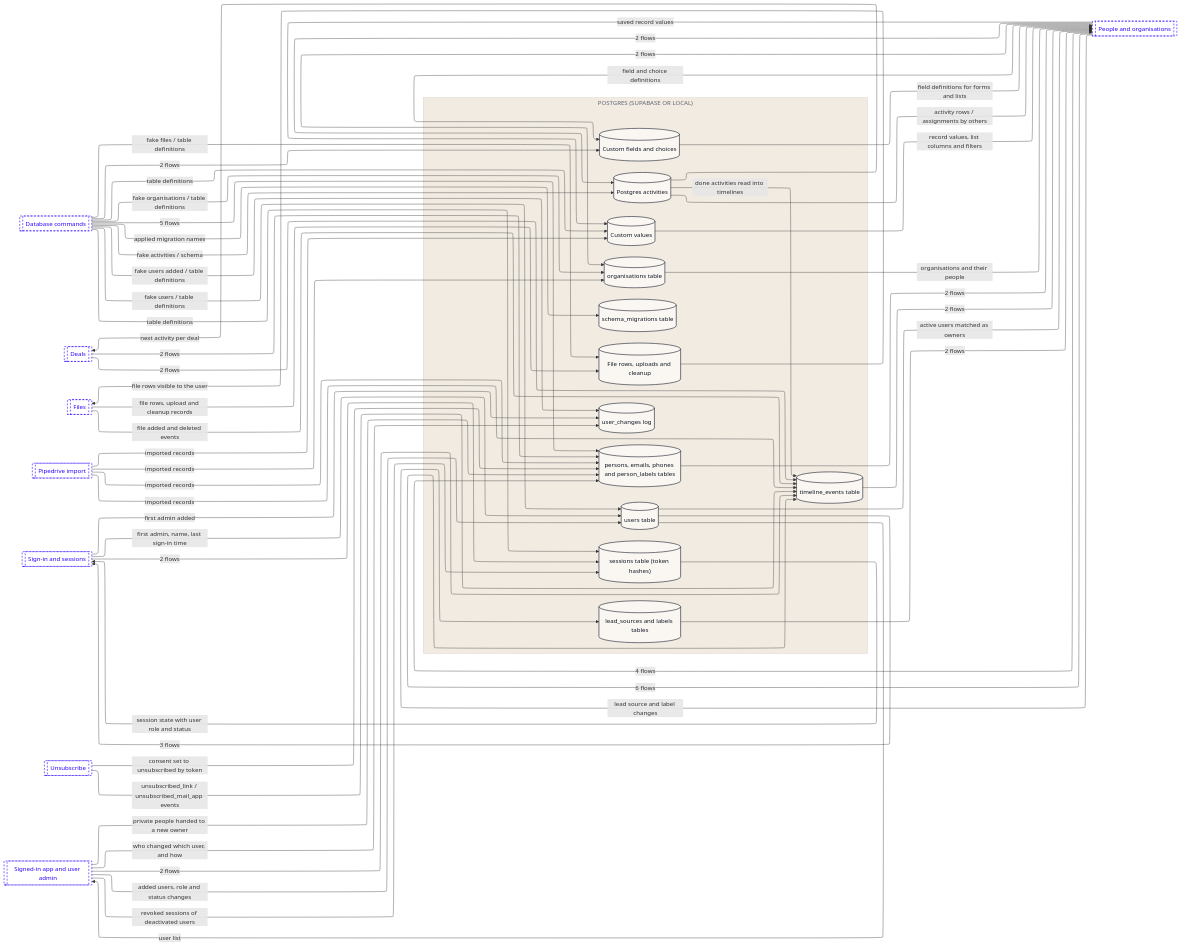
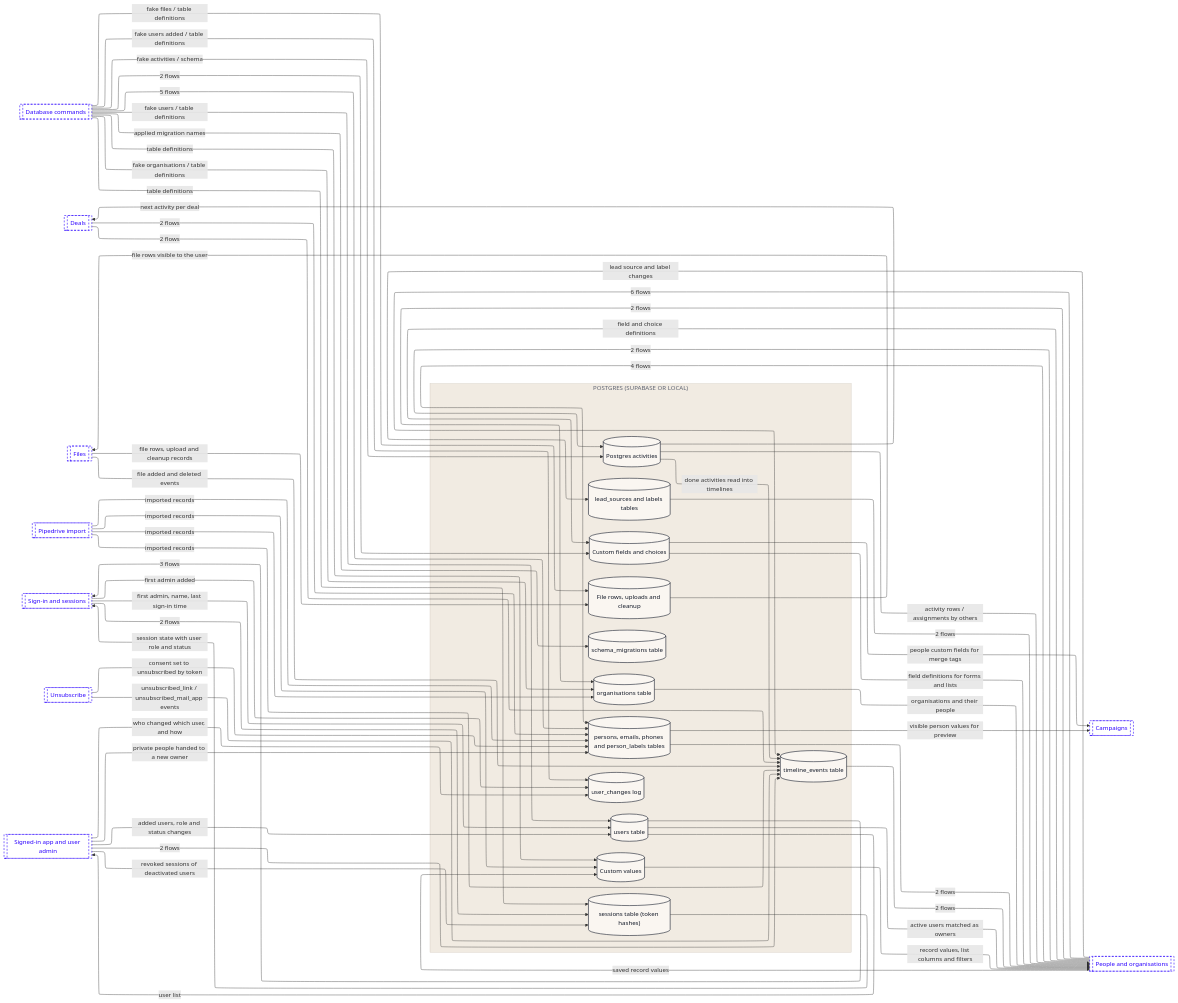
Before and after one commit to Romain-Perche/Barnacle-Pipe: the fourth of 14 diagrams in dataflow/DATAFLOW.md, drawn with Mermaid. The commit also changed other lines of this file and 12 other files, not shown here.

````diff
--- a/dataflow/DATAFLOW.md
+++ b/dataflow/DATAFLOW.md
@@ -217,63 +263,66 @@
         n11[("user_changes log")]
         n12[("users table")]
     end
-    n13[["Database commands"]]
-    n14[["Deals"]]
-    n15[["Files"]]
-    n16[["Pipedrive import"]]
-    n17[["People and organisations"]]
-    n18[["Sign-in and sessions"]]
-    n19[["Unsubscribe"]]
-    n20[["Signed-in app and user admin"]]
-    n17 -->|"2 flows"| n1
-    n17 -->|"4 flows"| n7
-    n1 -->|"activity rows / assignments by others"| n17
-    n1 -->|"next activity per deal"| n14
+    n13[["Campaigns"]]
+    n14[["Database commands"]]
+    n15[["Deals"]]
+    n16[["Files"]]
+    n17[["Pipedrive import"]]
+    n18[["People and organisations"]]
+    n19[["Sign-in and sessions"]]
+    n20[["Unsubscribe"]]
+    n21[["Signed-in app and user admin"]]
+    n18 -->|"2 flows"| n1
+    n18 -->|"4 flows"| n7
+    n1 -->|"activity rows / assignments by others"| n18
+    n1 -->|"next activity per deal"| n15
     n1 -->|"done activities read into timelines"| n10
-    n17 -->|"lead source and label changes"| n2
-    n2 -->|"2 flows"| n17
-    n18 -->|"2 flows"| n9
-    n18 -->|"first admin added"| n11
-    n18 -->|"first admin, name, last sign-in time"| n12
-    n17 -->|"2 flows"| n6
-    n17 -->|"6 flows"| n10
-    n17 -->|"field and choice definitions"| n3
-    n17 -->|"saved record values"| n4
-    n3 -->|"field definitions for forms and lists"| n17
-    n4 -->|"record values, list columns and filters"| n17
-    n14 -->|"2 flows"| n7
-    n14 -->|"2 flows"| n10
-    n15 -->|"file rows, upload and cleanup records"| n5
-    n15 -->|"file added and deleted events"| n10
-    n5 -->|"file rows visible to the user"| n15
-    n13 -->|"fake activities / schema"| n1
-    n13 -->|"2 flows"| n3
-    n13 -->|"table definitions"| n4
-    n13 -->|"fake files / table definitions"| n5
-    n13 -->|"fake organisations / table definitions"| n6
-    n13 -->|"5 flows"| n7
-    n13 -->|"applied migration names"| n8
-    n13 -->|"table definitions"| n9
-    n13 -->|"fake users added / table definitions"| n11
-    n13 -->|"fake users / table definitions"| n12
-    n6 -->|"organisations and their people"| n17
-    n7 -->|"2 flows"| n17
-    n16 -->|"imported records"| n4
-    n16 -->|"imported records"| n6
-    n16 -->|"imported records"| n7
-    n16 -->|"imported records"| n10
-    n9 -->|"session state with user role and status"| n18
-    n10 -->|"2 flows"| n17
-    n19 -->|"consent set to unsubscribed by token"| n7
-    n19 -->|"unsubscribed_link / unsubscribed_mail_app events"| n10
-    n20 -->|"private people handed to a new owner"| n7
-    n20 -->|"revoked sessions of deactivated users"| n9
-    n20 -->|"2 flows"| n10
-    n20 -->|"who changed which user, and how"| n11
-    n20 -->|"added users, role and status changes"| n12
-    n12 -->|"3 flows"| n18
-    n12 -->|"active users matched as owners"| n17
-    n12 -->|"user list"| n20
+    n18 -->|"lead source and label changes"| n2
+    n2 -->|"2 flows"| n18
+    n19 -->|"2 flows"| n9
+    n19 -->|"first admin added"| n11
+    n19 -->|"first admin, name, last sign-in time"| n12
+    n18 -->|"2 flows"| n6
+    n18 -->|"6 flows"| n10
+    n18 -->|"field and choice definitions"| n3
+    n18 -->|"saved record values"| n4
+    n3 -->|"people custom fields for merge tags"| n13
+    n3 -->|"field definitions for forms and lists"| n18
+    n4 -->|"record values, list columns and filters"| n18
+    n15 -->|"2 flows"| n7
+    n15 -->|"2 flows"| n10
+    n16 -->|"file rows, upload and cleanup records"| n5
+    n16 -->|"file added and deleted events"| n10
+    n5 -->|"file rows visible to the user"| n16
+    n14 -->|"fake activities / schema"| n1
+    n14 -->|"2 flows"| n3
+    n14 -->|"table definitions"| n4
+    n14 -->|"fake files / table definitions"| n5
+    n14 -->|"fake organisations / table definitions"| n6
+    n14 -->|"5 flows"| n7
+    n14 -->|"applied migration names"| n8
+    n14 -->|"table definitions"| n9
+    n14 -->|"fake users added / table definitions"| n11
+    n14 -->|"fake users / table definitions"| n12
+    n6 -->|"organisations and their people"| n18
+    n7 -->|"2 flows"| n18
+    n7 -->|"visible person values for preview"| n13
+    n17 -->|"imported records"| n4
+    n17 -->|"imported records"| n6
+    n17 -->|"imported records"| n7
+    n17 -->|"imported records"| n10
+    n9 -->|"session state with user role and status"| n19
+    n10 -->|"2 flows"| n18
+    n20 -->|"consent set to unsubscribed by token"| n7
+    n20 -->|"unsubscribed_link / unsubscribed_mail_app events"| n10
+    n21 -->|"private people handed to a new owner"| n7
+    n21 -->|"revoked sessions of deactivated users"| n9
+    n21 -->|"2 flows"| n10
+    n21 -->|"who changed which user, and how"| n11
+    n21 -->|"added users, role and status changes"| n12
+    n12 -->|"3 flows"| n19
+    n12 -->|"active users matched as owners"| n18
+    n12 -->|"user list"| n21
     classDef actor fill:#FFFFFF,stroke:#111827,stroke-width:1px,color:#111827
     classDef process fill:#EDEAFF,stroke:#2B00FF,stroke-width:1.5px,color:#111827
     classDef store fill:#FAF6F1,stroke:#111827,stroke-width:1.5px,color:#111827
@@ -281,6 +330,6 @@
     classDef group fill:#2B00FF,stroke:#2B00FF,color:#FFFFFF
     classDef stub fill:#FFFFFF,stroke:#2B00FF,stroke-width:1.5px,stroke-dasharray:5 4,color:#2B00FF
     class n1,n2,n3,n4,n5,n6,n7,n8,n9,n10,n11,n12 store
-    class n13,n14,n15,n16,n17,n18,n19,n20 stub
+    class n13,n14,n15,n16,n17,n18,n19,n20,n21 stub
     style z1 fill:#F1EBE2,stroke:#CFC7BB,color:#5D6270
 ```
````
